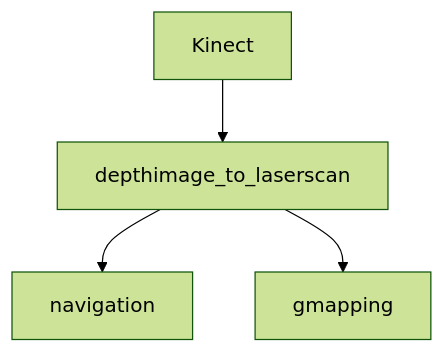
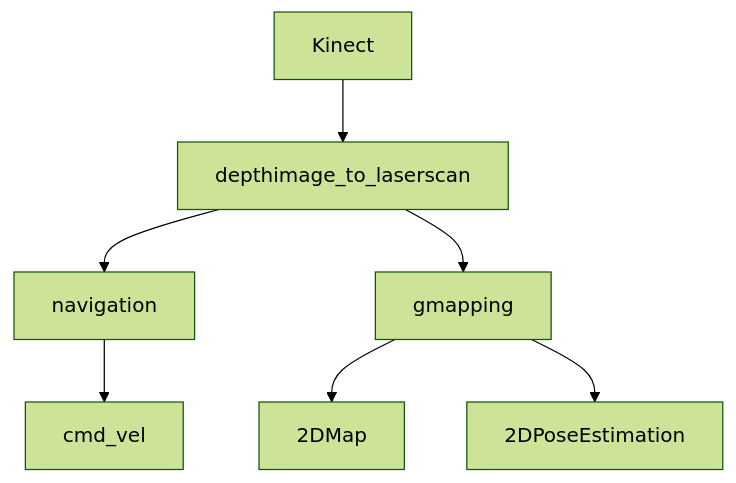
The diagram in README.md (adrianLIrobotics/SLAM_robot), drawn with Mermaid (forest theme) before and after one commit.

````diff
--- a/README.md
+++ b/README.md
@@ -21,6 +21,9 @@
 ```mermaid
 graph TD;
   Kinect-->depthimage_to_laserscan
   depthimage_to_laserscan-->navigation
   depthimage_to_laserscan-->gmapping
+  gmapping-->2DMap
+  gmapping-->2DPoseEstimation
+  navigation-->cmd_vel
 ```
````
